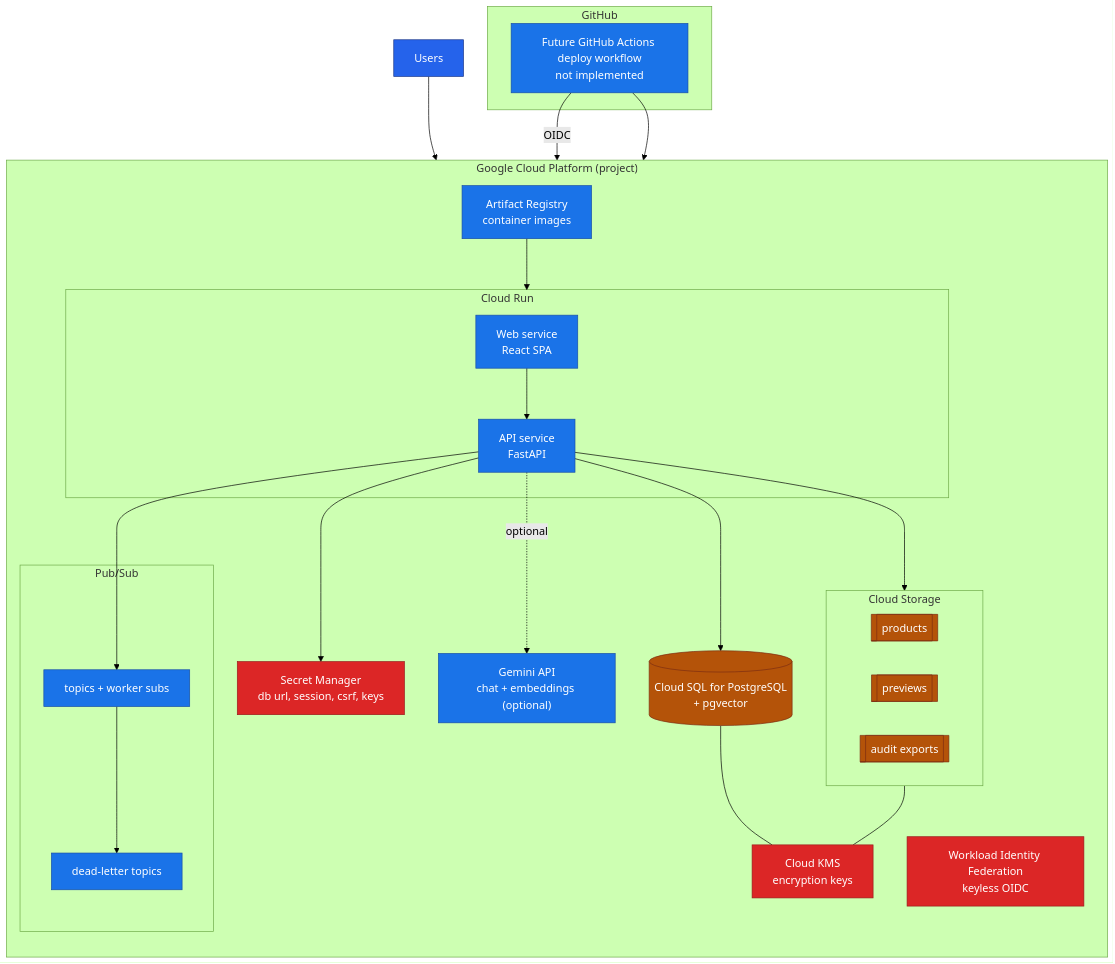
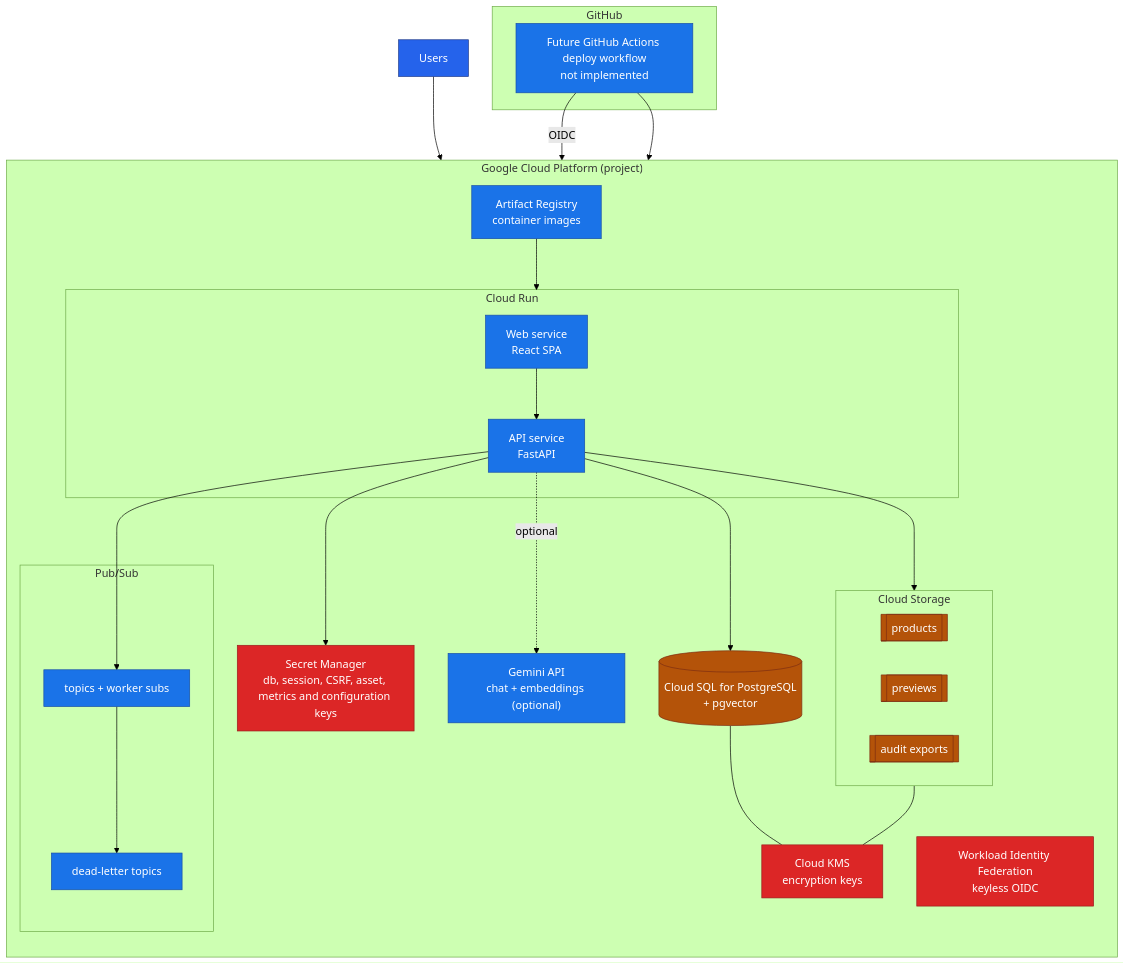
The second of 2 diagrams in docs/ARCHITECTURE_DEPLOYMENT.md (ShabalalaWATP/Coeus), drawn with Mermaid (forest theme) before and after one commit. The commit also changed other lines of this file and 554 other files, not shown here.

````diff
--- a/docs/ARCHITECTURE_DEPLOYMENT.md
+++ b/docs/ARCHITECTURE_DEPLOYMENT.md
@@ -64,52 +66,52 @@
 ```mermaid
 flowchart TB
     subgraph gh["GitHub"]
         GHA["Future GitHub Actions deploy workflow<br/>not implemented"]
     end
 
     subgraph gcp["Google Cloud Platform (project)"]
         direction TB
         WIF["Workload Identity Federation<br/>keyless OIDC"]
         AR["Artifact Registry<br/>container images"]
 
         subgraph run["Cloud Run"]
             WEBSVC["Web service<br/>React SPA"]
             APISVC["API service<br/>FastAPI"]
         end
 
         SQL[("Cloud SQL for PostgreSQL<br/>+ pgvector")]
         subgraph buckets["Cloud Storage"]
             BPROD[["products"]]
             BPREV[["previews"]]
             BAUD[["audit exports"]]
         end
         subgraph msg["Pub/Sub"]
             TOPIC["topics + worker subs"]
             DLQ["dead-letter topics"]
         end
-        SM["Secret Manager<br/>db url, session, csrf, keys"]
+        SM["Secret Manager<br/>db, session, CSRF, asset, metrics and configuration keys"]
         KMS["Cloud KMS<br/>encryption keys"]
         GEMINI["Gemini API<br/>chat + embeddings (optional)"]
     end
 
     USERS["Users"] --> WEBSVC --> APISVC
     GHA -->|OIDC| WIF
     GHA --> AR --> run
     APISVC --> SQL
     APISVC --> buckets
     APISVC --> TOPIC
     TOPIC --> DLQ
     APISVC --> SM
     APISVC -.optional.-> GEMINI
     SQL --- KMS
     buckets --- KMS
 
     classDef actor fill:#2563eb,stroke:#1e3a8a,color:#fff,stroke-width:1px
     classDef gcp fill:#1a73e8,stroke:#174ea6,color:#fff,stroke-width:1px
     classDef data fill:#b45309,stroke:#7c2d12,color:#fff,stroke-width:1px
     classDef sec fill:#dc2626,stroke:#991b1b,color:#fff,stroke-width:1px
     class USERS actor
     class WEBSVC,APISVC,AR,TOPIC,DLQ,GEMINI,GHA gcp
     class SQL,BPROD,BPREV,BAUD data
     class WIF,SM,KMS sec
 ```
````
